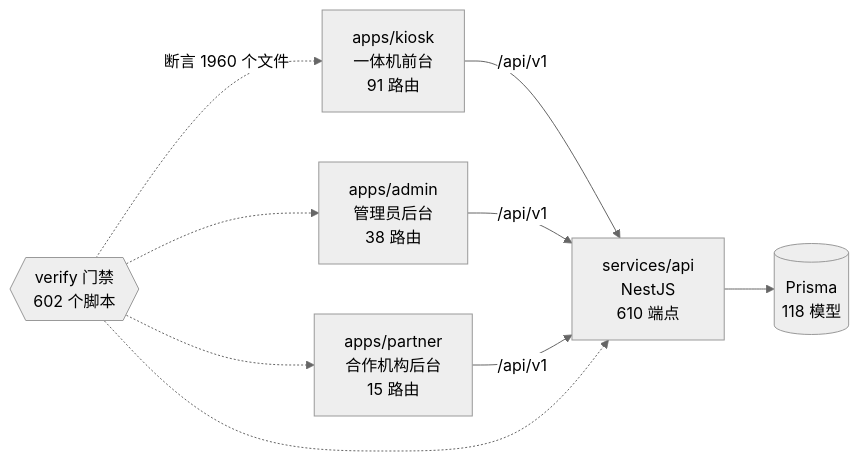
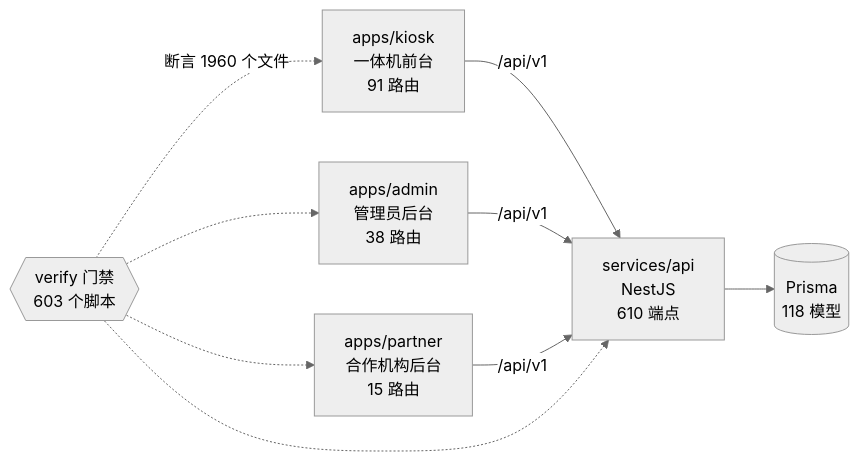
One commit to wanglei581/YITIJI changed the diagram in docs/graph/README.md. Above: the diagram before and after it, drawn with Mermaid (neutral theme). The commit also changed other lines of this file and 4 other files, not shown here.

Commit message:
docs：记屏上扫描后端 B4，并更新项目图谱

````diff
--- a/docs/graph/README.md
+++ b/docs/graph/README.md
@@ -68,18 +68,18 @@
 ```mermaid
 flowchart LR
   kiosk["apps/kiosk<br/>一体机前台<br/>91 路由"]
   admin["apps/admin<br/>管理员后台<br/>38 路由"]
   partner["apps/partner<br/>合作机构后台<br/>15 路由"]
   api["services/api<br/>NestJS<br/>610 端点"]
   db[("Prisma<br/>118 模型")]
-  gates{{"verify 门禁<br/>602 个脚本"}}
+  gates{{"verify 门禁<br/>603 个脚本"}}
 
   kiosk -->|"/api/v1"| api
   admin -->|"/api/v1"| api
   partner -->|"/api/v1"| api
   api --> db
   gates -.->|"断言 1960 个文件"| kiosk
   gates -.-> admin
   gates -.-> partner
   gates -.-> api
 ```
````
